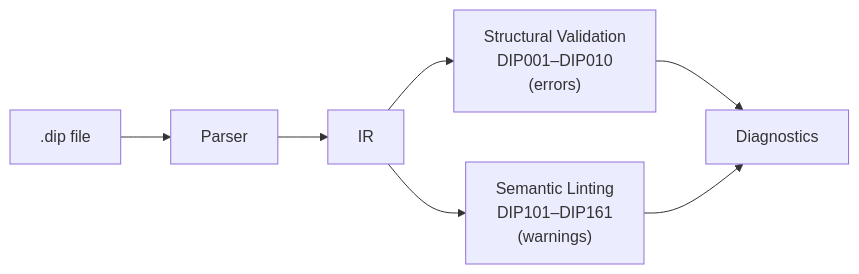
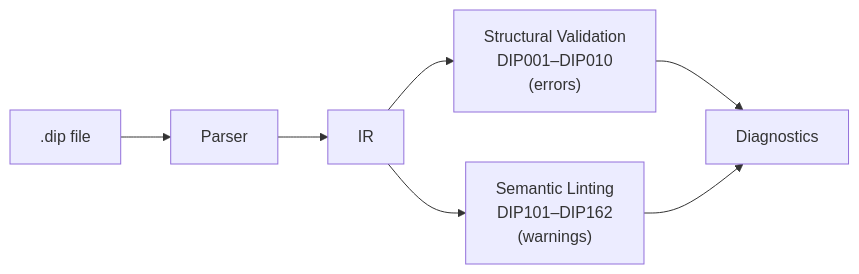
The diagram in docs/validation.md (2389-research/dippin-lang), drawn with Mermaid before and after one commit. The commit also changed other lines of this file and 28 other files, not shown here.

````diff
--- a/docs/validation.md
+++ b/docs/validation.md
@@ -10,9 +10,9 @@
 ```mermaid
 graph LR
     SRC[".dip file"] --> PARSE["Parser"]
     PARSE --> IR["IR"]
     IR --> VAL["Structural Validation<br>DIP001–DIP010<br>(errors)"]
-    IR --> LINT["Semantic Linting<br>DIP101–DIP161<br>(warnings)"]
+    IR --> LINT["Semantic Linting<br>DIP101–DIP162<br>(warnings)"]
     VAL --> DIAG["Diagnostics"]
     LINT --> DIAG
 ```
````
